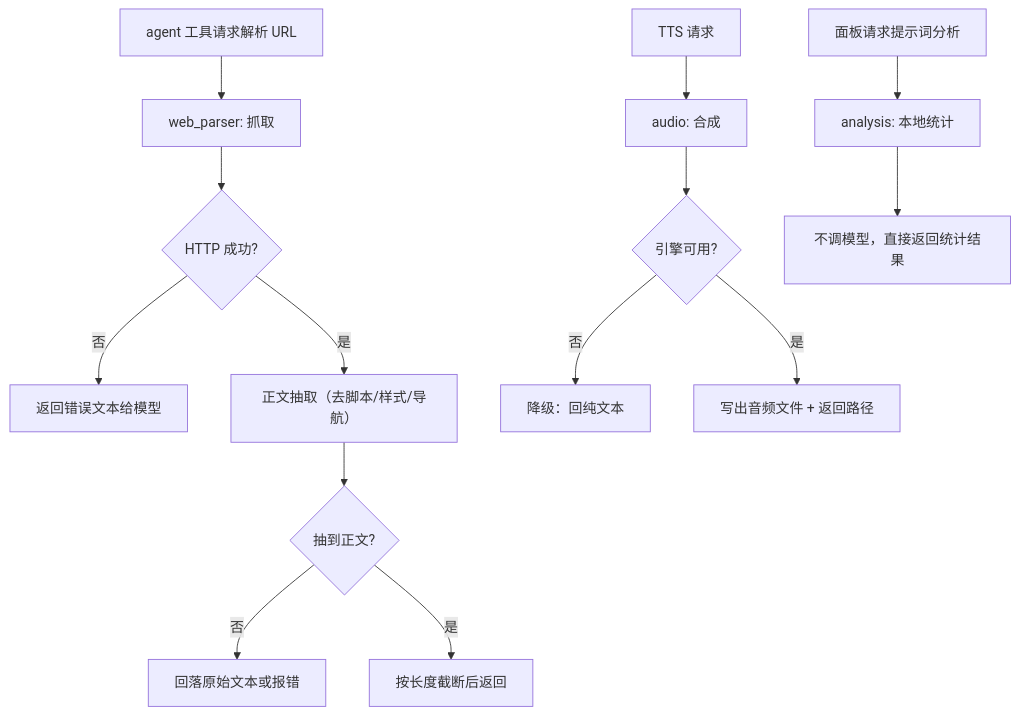
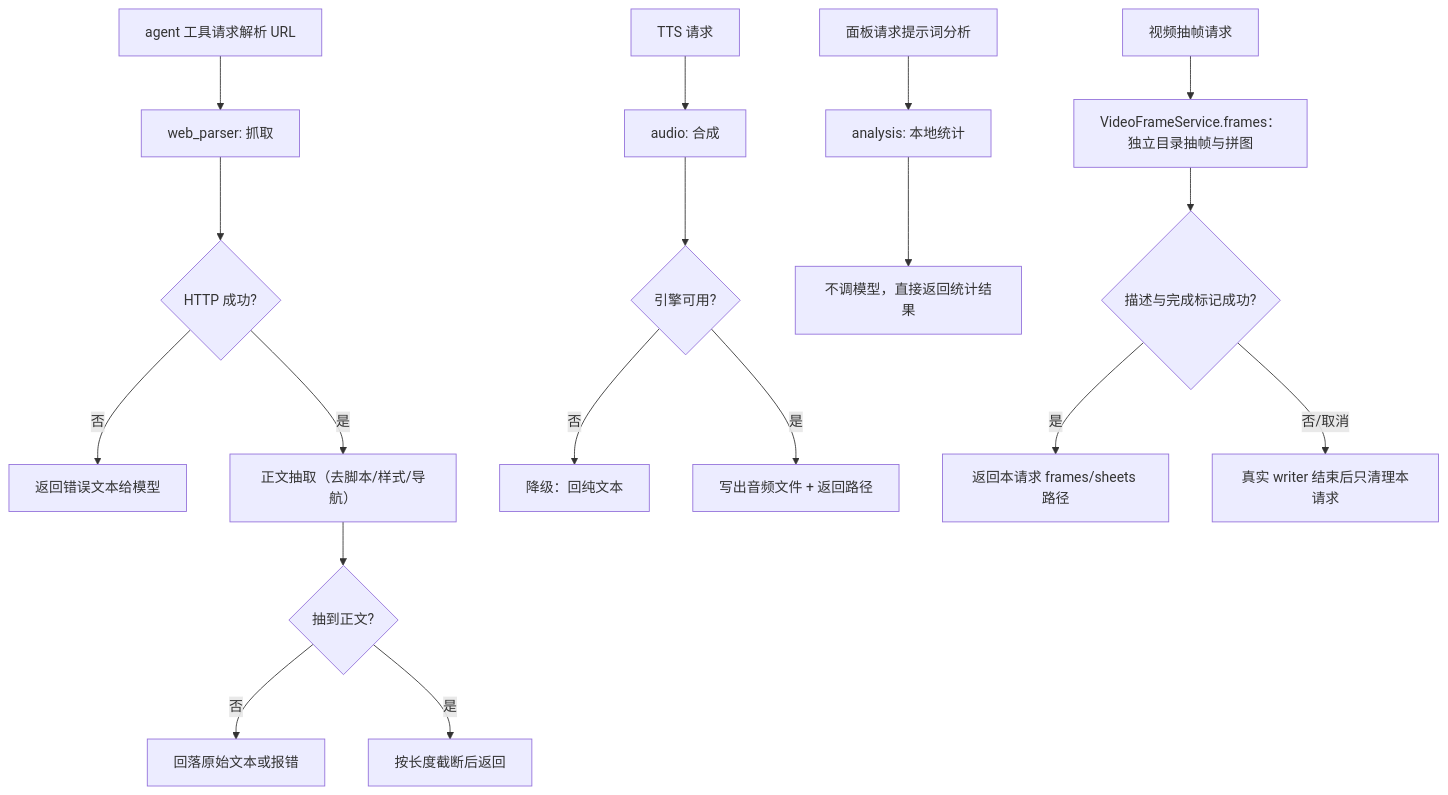
The first of 7 diagrams in docs/flow/21-web-parse-bilibili.md (AQiaoYo/NeoBot), drawn with Mermaid before and after one commit. The commit also changed other lines of this file and 3 other files, not shown here.

First line of the commit message:
docs(flow): 核对配置验证与视频产物生命周期

````diff
--- a/docs/flow/21-web-parse-bilibili.md
+++ b/docs/flow/21-web-parse-bilibili.md
@@ -29,16 +29,20 @@
 ```mermaid
 flowchart TD
     A["agent 工具请求解析 URL"] --> B["web_parser: 抓取"]
     B --> C{"HTTP 成功?"}
     C -- 否 --> C1["返回错误文本给模型"]
     C -- 是 --> D["正文抽取（去脚本/样式/导航）"]
     D --> E{"抽到正文?"}
     E -- 否 --> E1["回落原始文本或报错"]
     E -- 是 --> F["按长度截断后返回"]
     G["TTS 请求"] --> H["audio: 合成"]
     H --> I{"引擎可用?"}
     I -- 否 --> I1["降级：回纯文本"]
     I -- 是 --> J["写出音频文件 + 返回路径"]
     K["面板请求提示词分析"] --> L["analysis: 本地统计"]
     L --> M["不调模型，直接返回统计结果"]
+    BV["视频抽帧请求"] --> VF["VideoFrameService.frames：独立目录抽帧与拼图"]
+    VF --> VR{"描述与完成标记成功?"}
+    VR -- 是 --> VO["返回本请求 frames/sheets 路径"]
+    VR -- 否/取消 --> VX["真实 writer 结束后只清理本请求"]
 ```
````
